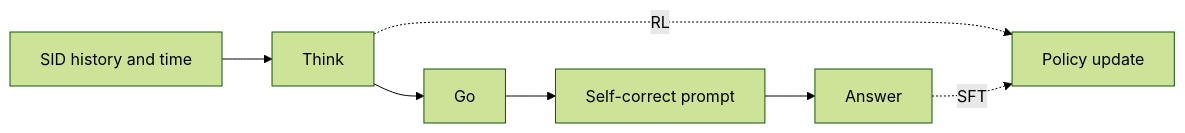
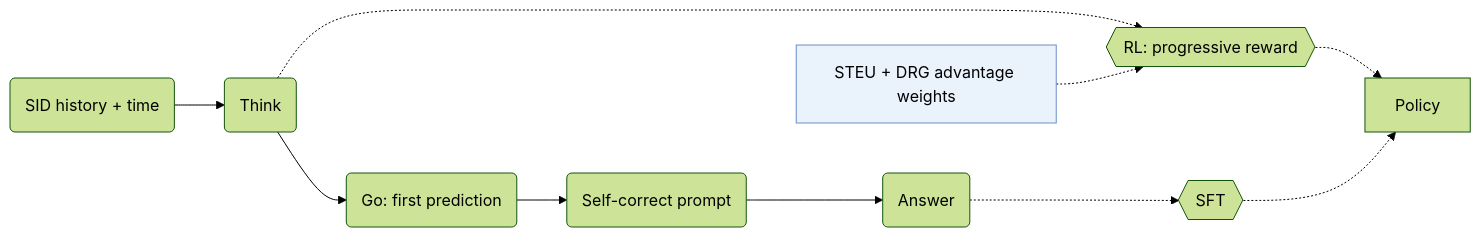
One commit to Galaxy-ghost/Awesome-SID-Generative-Rec changed the diagram in notes/think2go.md. Above: the diagram before and after it, drawn with Mermaid (forest theme). The commit also changed 521 other files, not shown here.

Commit message:
writer-04 part 3: algorithm diagrams with shared shape conventions, README hero and paper cards, archive removed

````diff
--- a/notes/think2go.md
+++ b/notes/think2go.md
@@ -7,9 +7,13 @@
 ```mermaid
 flowchart LR
-    A[SID history and time] --> B[Think]
-    B --> C[Go]
-    C --> D[Self-correct prompt]
-    D --> E[Answer]
-    B -. RL .-> F[Policy update]
-    E -. SFT .-> F
+    A("SID history + time") --> B("Think")
+    B --> C("Go: first prediction")
+    C --> D("Self-correct prompt")
+    D --> E("Answer")
+    B -.-> L1{{"RL: progressive reward"}}
+    E -.-> L2{{"SFT"}}
+    L1 -.-> P["Policy"]
+    L2 -.-> P
+    W["STEU + DRG advantage weights"]:::key -.-> L1
+    classDef key fill:#eaf2fb,stroke:#6b8fc7
 ```
````
